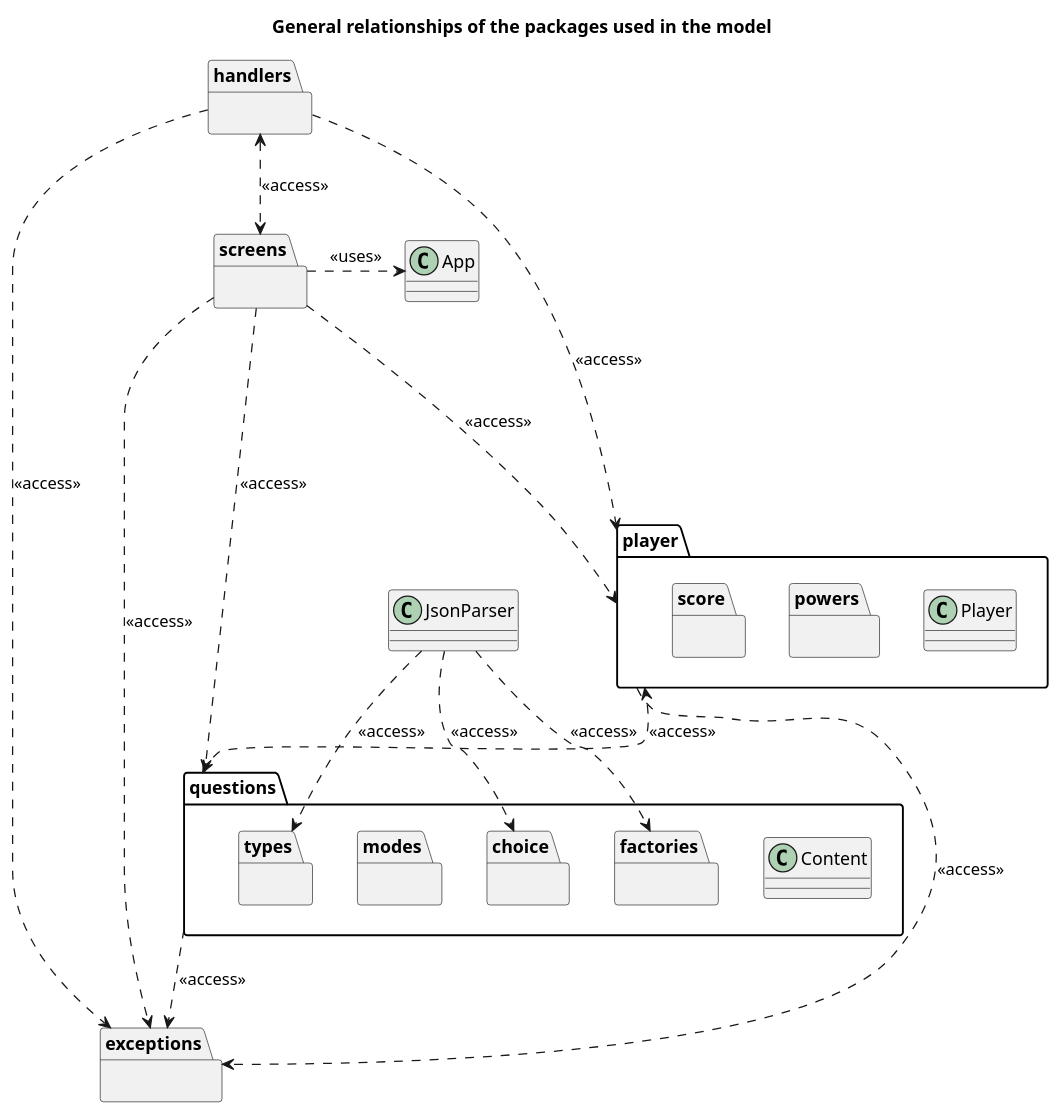
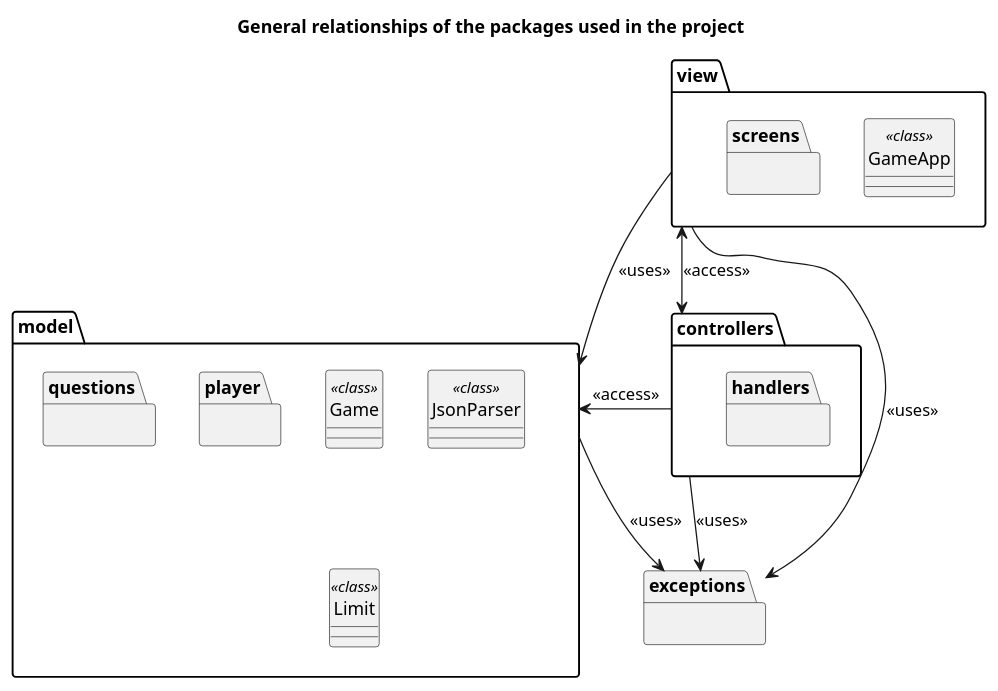
Before and after one commit to agpelliciari/TP2-Algo-III: the diagram in UML files/generalPackageDiagram.puml, drawn with PlantUML. The commit also changed 150 other files, not shown here.

Commit message:
#108 update package diagram

```diff
--- a/UML files/generalPackageDiagram.puml
+++ b/UML files/generalPackageDiagram.puml
@@ -1,47 +1,40 @@
 @startuml
-title: General relationships of the packages used in the model
 
-package questions {
-    package choice {}
-    package factories {}
-    package modes {}
-    package types {}
-    class Content {}
+skinparam monochrome true
+hide circle
+skinparam classAttributeIconSize 0
+
+title: General relationships of the packages used in the project
+
+package model {
+    package player {}
+    package questions {}
+    class Game
+    class JsonParser
+    class Limit
 }
 
-package player {
-    package powers {}
-    package score {}
-    class Player
+package view {
+    package screens {}
+    class GameApp
+}
+
+package controllers {
+    package handlers {}
 }
 
 package exceptions {}
 
-package handlers {}
+view -> model: <<uses>>
+view <--> controllers: <<access>>
+view --> exceptions: <<uses>>
+controllers --> exceptions: <<uses>>
+controllers -> model: <<access>>
+model -> exceptions: <<uses>>
 
-package screens {}
-
-class JsonParser {}
-
-class App {}
-
-player <..> questions: <<access>>
-player .> exceptions: <<access>>
-
-questions ..> exceptions: <<access>>
-
-JsonParser ..> questions.choice: <<access>>
-JsonParser ..> questions.factories: <<access>>
-JsonParser ..> questions.types: <<access>>
-
-handlers <..> screens: <<access>>
-handlers ..> player: <<access>>
-handlers ..> exceptions: <<access>>
-
-screens ...> player: <<access>>
-screens ..> questions: <<access>>
-screens .> App: <<uses>>
-screens ...> exceptions: <<access>>
-
+Game <<class>>
+JsonParser <<class>>
+Limit <<class>>
+GameApp <<class>>
 
 @enduml
```
